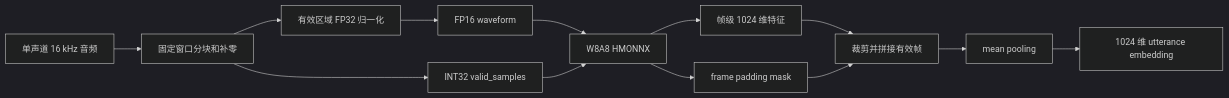
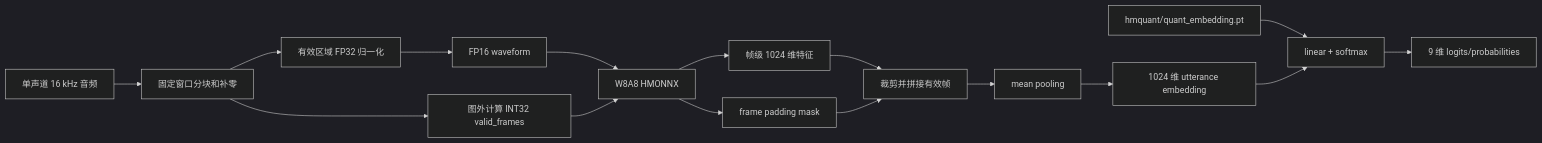
The second of 2 diagrams in xhmodel_merak/xh_llm/models/emotion2vec/README.md (houmo-ai/houmo-xh2modelzoo), drawn with Mermaid (dark theme) before and after one commit. The commit also changed other lines of this file and 17 other files, not shown here.

````diff
--- a/xhmodel_merak/xh_llm/models/emotion2vec/README.md
+++ b/xhmodel_merak/xh_llm/models/emotion2vec/README.md
@@ -228,15 +235,18 @@
 ```mermaid
 flowchart LR
     A[单声道 16 kHz 音频] --> B[固定窗口分块和补零]
     B --> C[有效区域 FP32 归一化]
     C --> D[FP16 waveform]
-    B --> E[INT32 valid_samples]
+    B --> E[图外计算 INT32 valid_frames]
     D --> F[W8A8 HMONNX]
     E --> F
     F --> G[帧级 1024 维特征]
     F --> H[frame padding mask]
     G --> I[裁剪并拼接有效帧]
     H --> I
     I --> J[mean pooling]
     J --> K[1024 维 utterance embedding]
+    L[hmquant/quant_embedding.pt] --> M[linear + softmax]
+    K --> M
+    M --> N[9 维 logits/probabilities]
 ```
````
